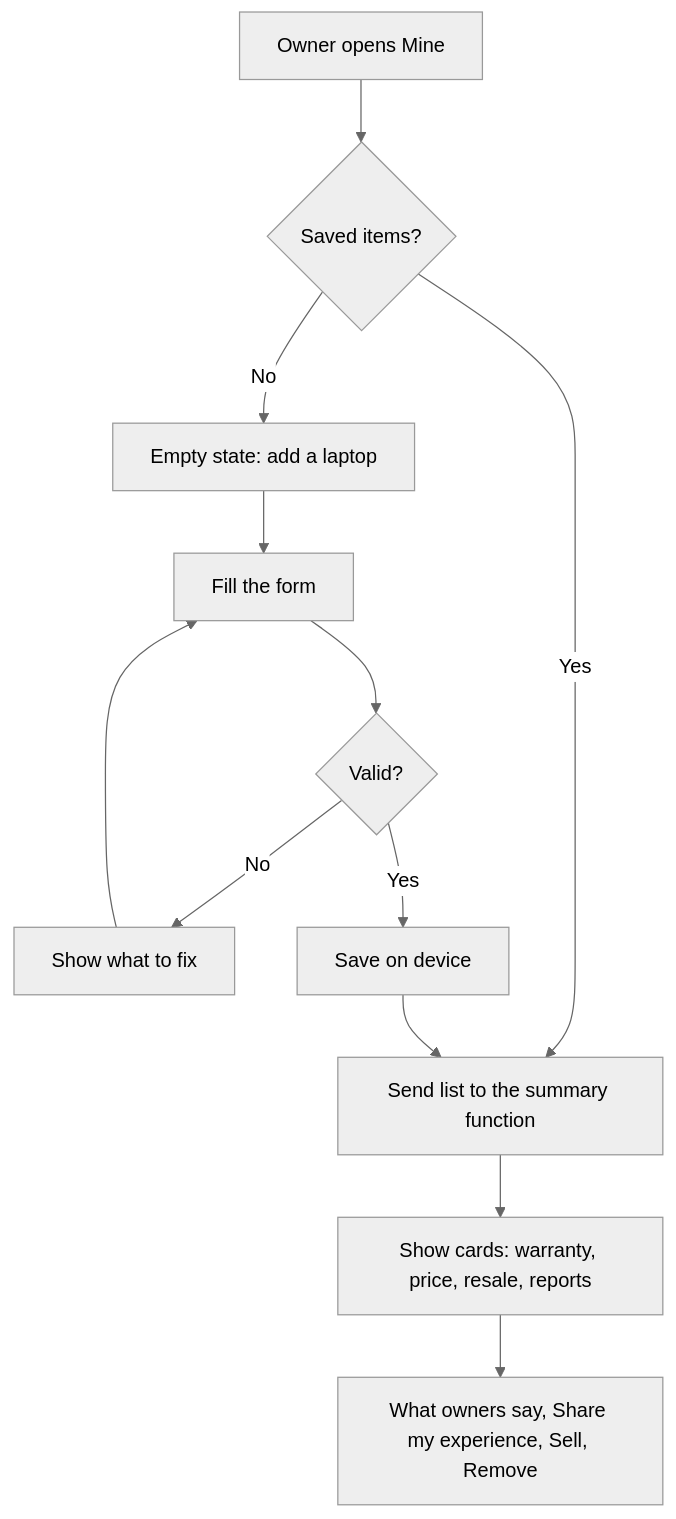
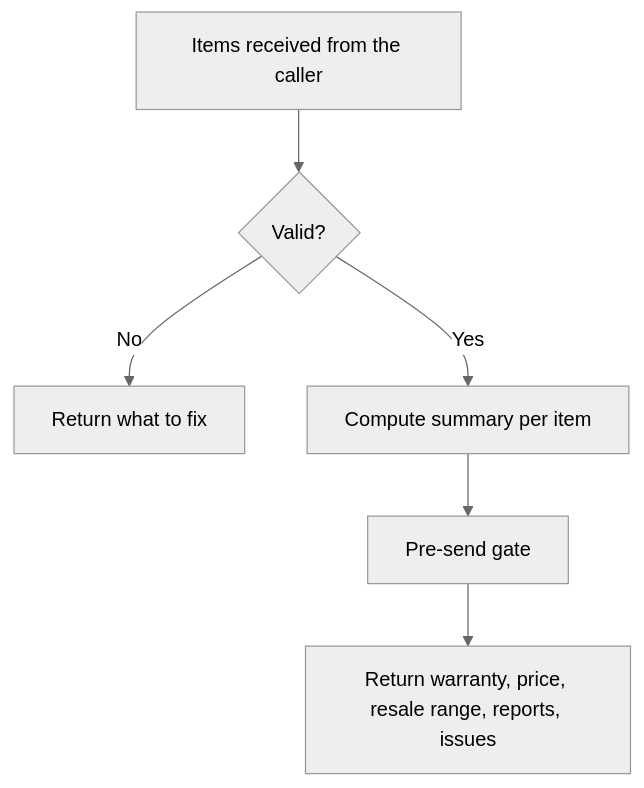
Before and after one commit to Atharvojha/AIforPMCapstoneProject_Team11: the diagram in lapfit-project/ai-spec/specs/F08_my_laptops.md, drawn with Mermaid (neutral theme). The commit also changed other lines of this file and 46 other files, not shown here.

````diff
--- a/lapfit-project/ai-spec/specs/F08_my_laptops.md
+++ b/lapfit-project/ai-spec/specs/F08_my_laptops.md
@@ -49,14 +51,8 @@
 ```mermaid
 flowchart TD
-  A[Owner opens Mine] --> B{Saved items?}
-  B -->|No| C[Empty state: add a laptop]
-  B -->|Yes| D[Send list to the summary function]
-  C --> E[Fill the form]
-  E --> F{Valid?}
-  F -->|No| G[Show what to fix]
-  G --> E
-  F -->|Yes| H[Save on device]
-  H --> D
-  D --> I[Show cards: warranty, price, resale, reports]
-  I --> J[What owners say, Share my experience, Sell, Remove]
+  A[Items received from the caller] --> B{Valid?}
+  B -->|No| C[Return what to fix]
+  B -->|Yes| D[Compute summary per item]
+  D --> E[Pre-send gate]
+  E --> F[Return warranty, price, resale range, reports, issues]
 ```
````
